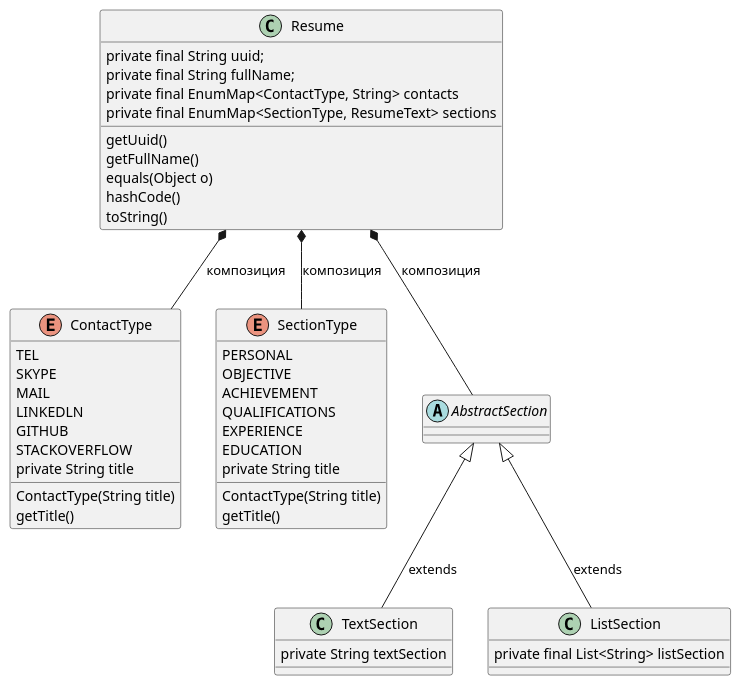
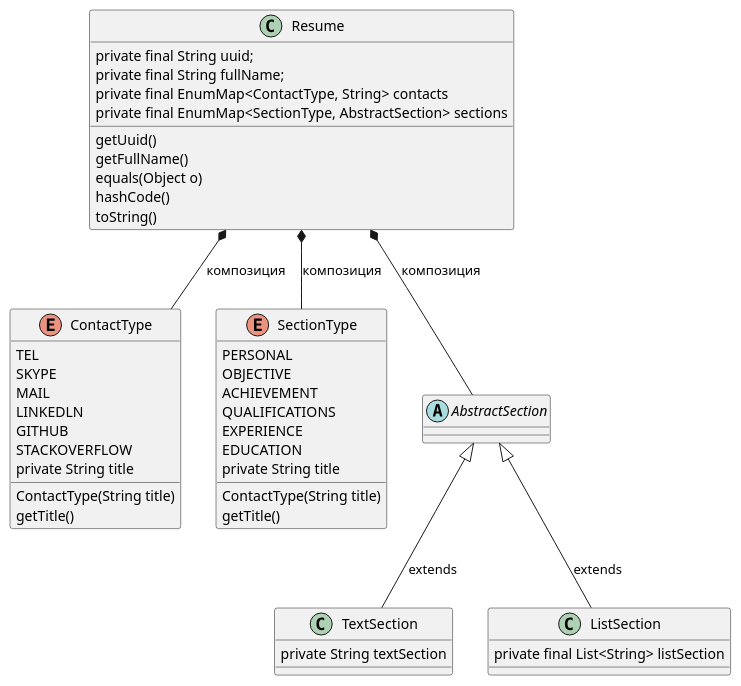
The diagram in src/com/urise/webapp/model/ResumeUML.puml (VitalyG1983/basejava), drawn with PlantUML before and after one commit.

Commit message:
HW07 UML updatedd

```diff
--- a/src/com/urise/webapp/model/ResumeUML.puml
+++ b/src/com/urise/webapp/model/ResumeUML.puml
@@ -1,56 +1,56 @@
 @startuml
 'https://plantuml.com/class-diagram
 
  class Resume {
     private final String uuid;
     private final String fullName;
     private final EnumMap<ContactType, String> contacts
-    private final EnumMap<SectionType, ResumeText> sections
+    private final EnumMap<SectionType, AbstractSection> sections
      getUuid()
      getFullName()
      equals(Object o)
      hashCode()
      toString()
 }
 
  Resume  *-- ContactType : композиция
  enum ContactType{
      TEL
      SKYPE
      MAIL
      LINKEDLN
      GITHUB
      STACKOVERFLOW
      private String title
       ContactType(String title)
       getTitle()
  }
 
 Resume  *-- SectionType : композиция
  enum SectionType{
       PERSONAL
       OBJECTIVE
       ACHIEVEMENT
       QUALIFICATIONS
       EXPERIENCE
       EDUCATION
       private String title
        ContactType(String title)
        getTitle()
  }
 
 Resume  *--  AbstractSection : композиция
      abstract class AbstractSection {
     }
 
 AbstractSection <|-- TextSection : extends
 class TextSection {
       private String textSection
 }
 
 AbstractSection <|-- ListSection : extends
 class ListSection {
     private final List<String> listSection
 }
 
 @enduml
```
